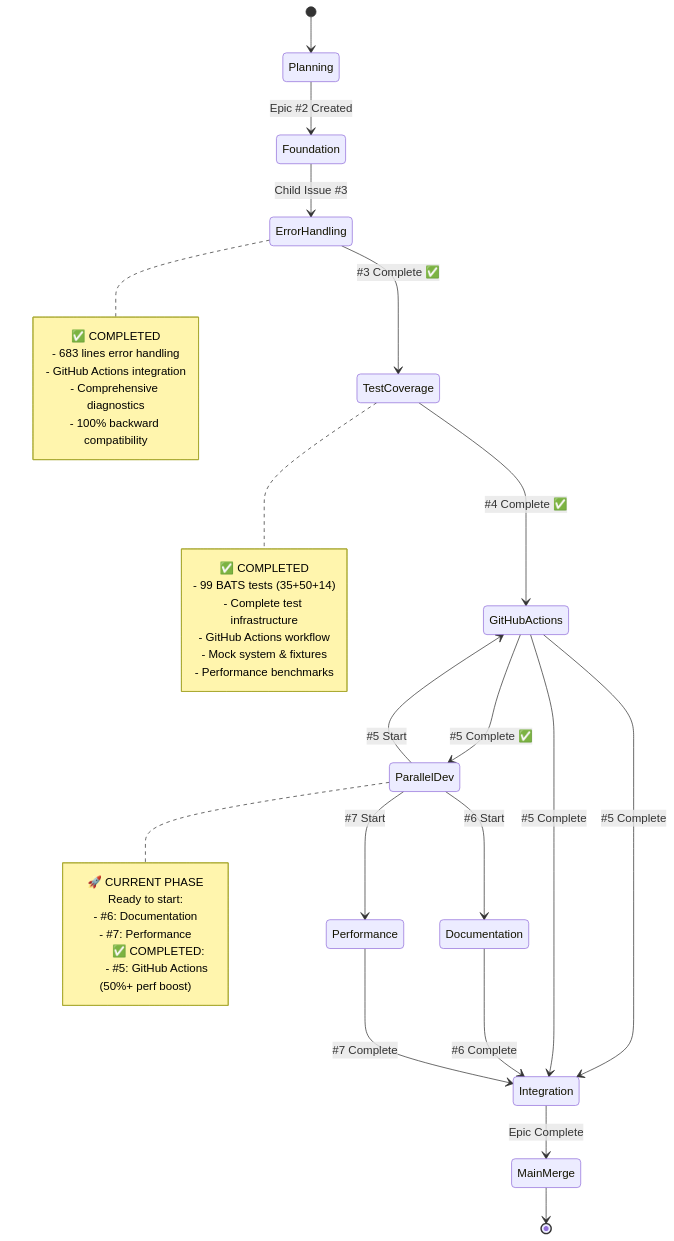
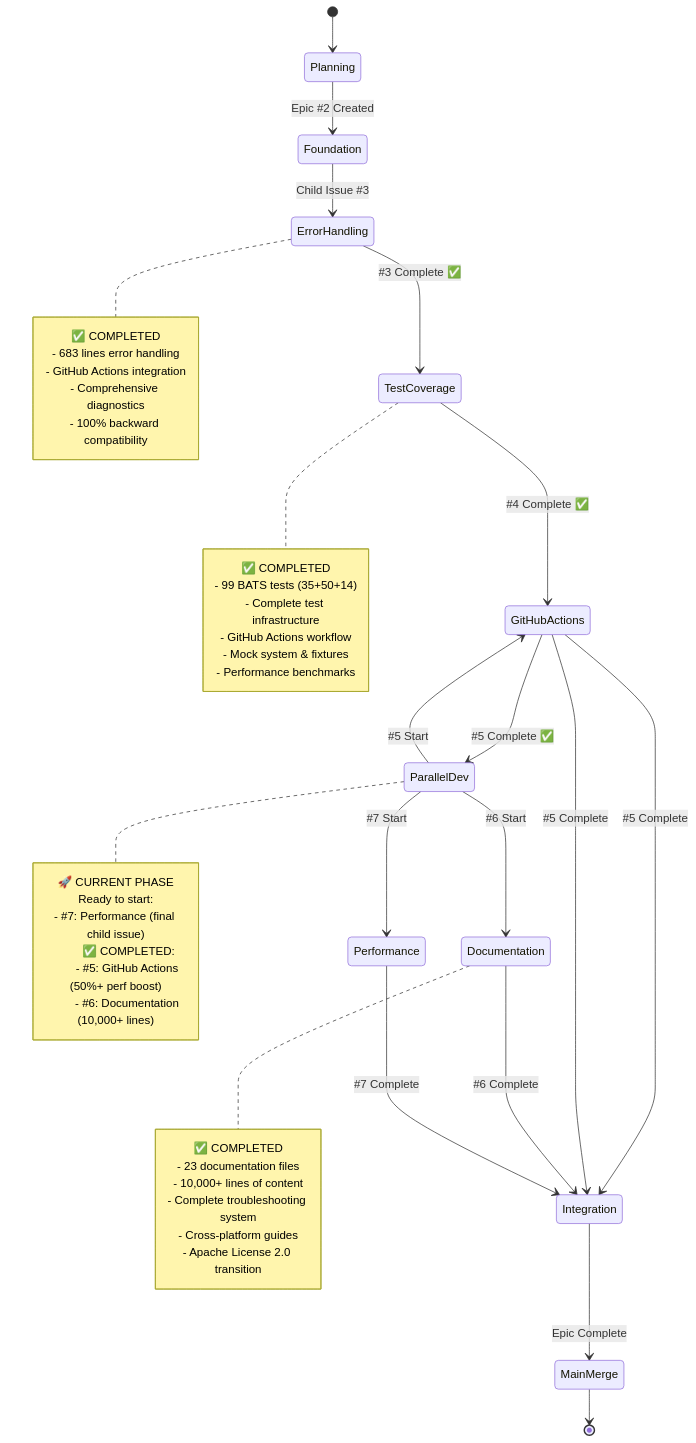
One commit to info-tech-io/hugo-templates changed the third of 5 diagrams in docs/epic-progress-visual.md. Above: the diagram before and after it, drawn with Mermaid. The commit also changed other lines of this file, not shown here.

````diff
--- a/docs/epic-progress-visual.md
+++ b/docs/epic-progress-visual.md
@@ -91,45 +91,54 @@
 ```mermaid
 stateDiagram-v2
     [*] --> Planning
     Planning --> Foundation: Epic #2 Created
     Foundation --> ErrorHandling: Child Issue #3
     ErrorHandling --> TestCoverage: #3 Complete ✅
     TestCoverage --> GitHubActions: #4 Complete ✅
     GitHubActions --> ParallelDev: #5 Complete ✅
     ParallelDev --> GitHubActions: #5 Start
     ParallelDev --> Documentation: #6 Start
     ParallelDev --> Performance: #7 Start
     GitHubActions --> Integration: #5 Complete
     GitHubActions --> Integration: #5 Complete
     Documentation --> Integration: #6 Complete
     Performance --> Integration: #7 Complete
     Integration --> MainMerge: Epic Complete
     MainMerge --> [*]
 
     note right of ErrorHandling
         ✅ COMPLETED
         - 683 lines error handling
         - GitHub Actions integration
         - Comprehensive diagnostics
         - 100% backward compatibility
     end note
 
     note right of TestCoverage
         ✅ COMPLETED
         - 99 BATS tests (35+50+14)
         - Complete test infrastructure
         - GitHub Actions workflow
         - Mock system & fixtures
         - Performance benchmarks
     end note
 
+    note right of Documentation
+        ✅ COMPLETED
+        - 23 documentation files
+        - 10,000+ lines of content
+        - Complete troubleshooting system
+        - Cross-platform guides
+        - Apache License 2.0 transition
+    end note
+
     note right of ParallelDev
         🚀 CURRENT PHASE
         Ready to start:
-        - #6: Documentation
-        - #7: Performance
+        - #7: Performance (final child issue)
 
         ✅ COMPLETED:
         - #5: GitHub Actions (50%+ perf boost)
+        - #6: Documentation (10,000+ lines)
     end note
 ```
````
